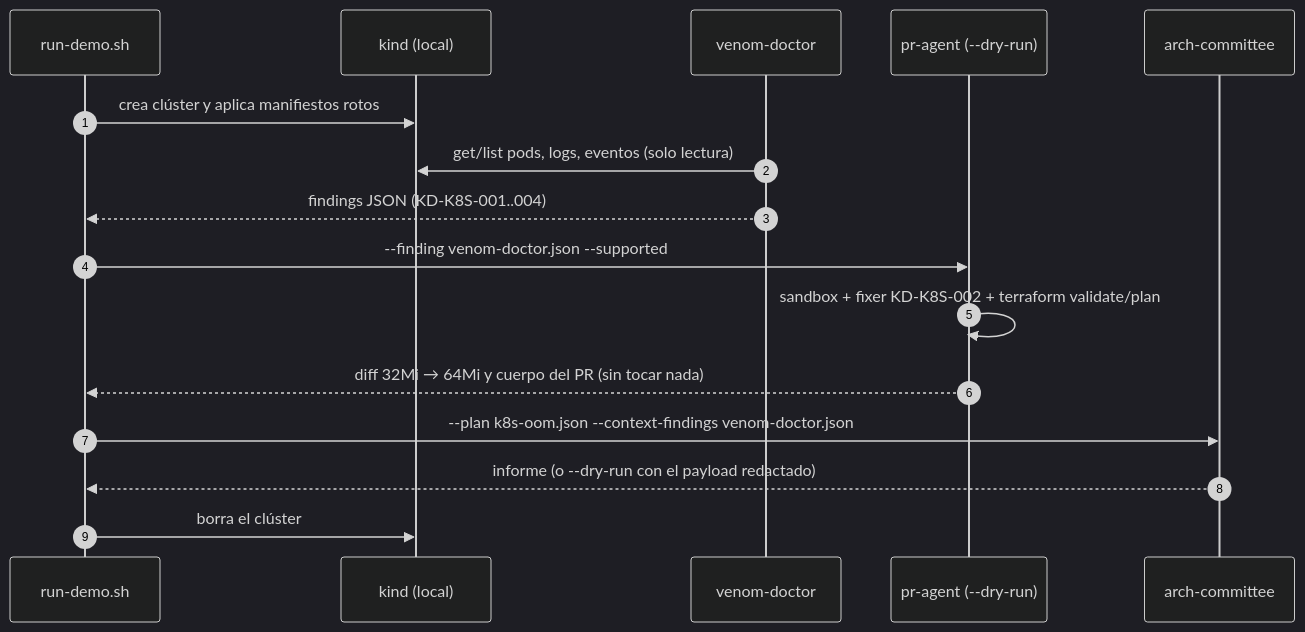
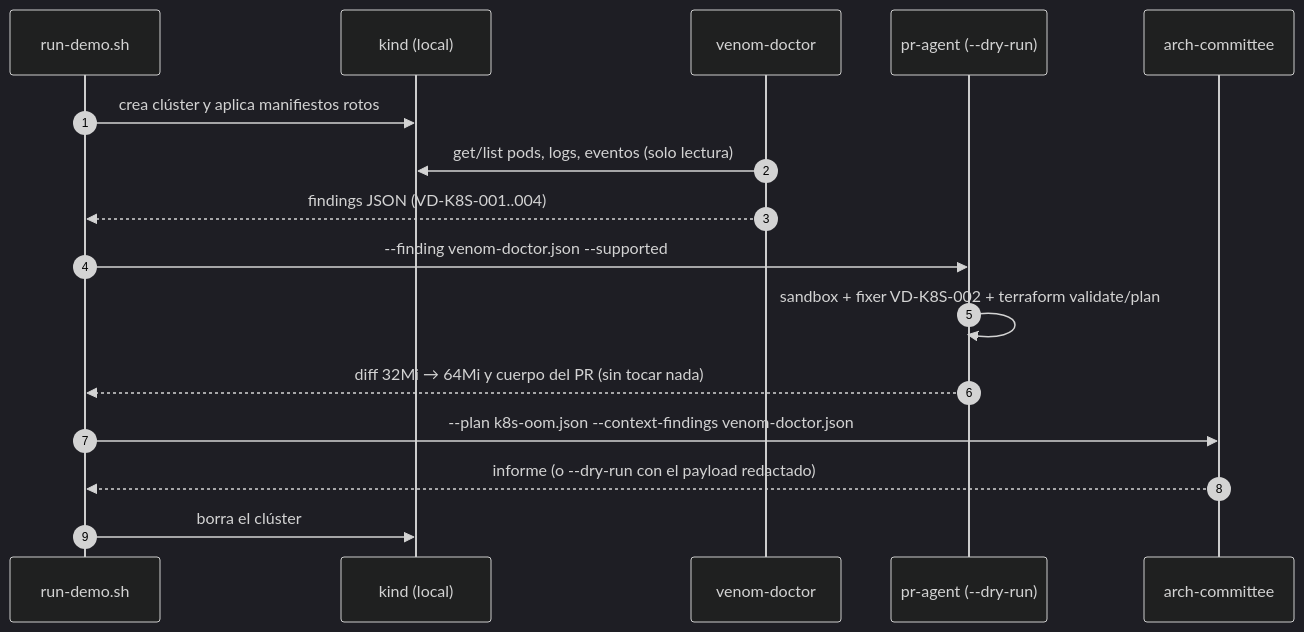
One commit to CloudVipers/VenomOps changed the second of 2 diagrams in docs/arquitectura.md. Above: the diagram before and after it, drawn with Mermaid (dark theme). The commit also changed other lines of this file and 46 other files, not shown here.

````diff
--- a/docs/arquitectura.md
+++ b/docs/arquitectura.md
@@ -43,19 +43,19 @@
 ```mermaid
 sequenceDiagram
     autonumber
     participant D as run-demo.sh
     participant K8s as kind (local)
-    participant KD as venom-doctor
+    participant VD as venom-doctor
     participant PA as pr-agent (--dry-run)
     participant AC as arch-committee
 
     D->>K8s: crea clúster y aplica manifiestos rotos
-    KD->>K8s: get/list pods, logs, eventos (solo lectura)
-    KD-->>D: findings JSON (KD-K8S-001..004)
+    VD->>K8s: get/list pods, logs, eventos (solo lectura)
+    VD-->>D: findings JSON (VD-K8S-001..004)
     D->>PA: --finding venom-doctor.json --supported
-    PA->>PA: sandbox + fixer KD-K8S-002 + terraform validate/plan
+    PA->>PA: sandbox + fixer VD-K8S-002 + terraform validate/plan
     PA-->>D: diff 32Mi → 64Mi y cuerpo del PR (sin tocar nada)
     D->>AC: --plan k8s-oom.json --context-findings venom-doctor.json
     AC-->>D: informe (o --dry-run con el payload redactado)
     D->>K8s: borra el clúster
 ```
````
